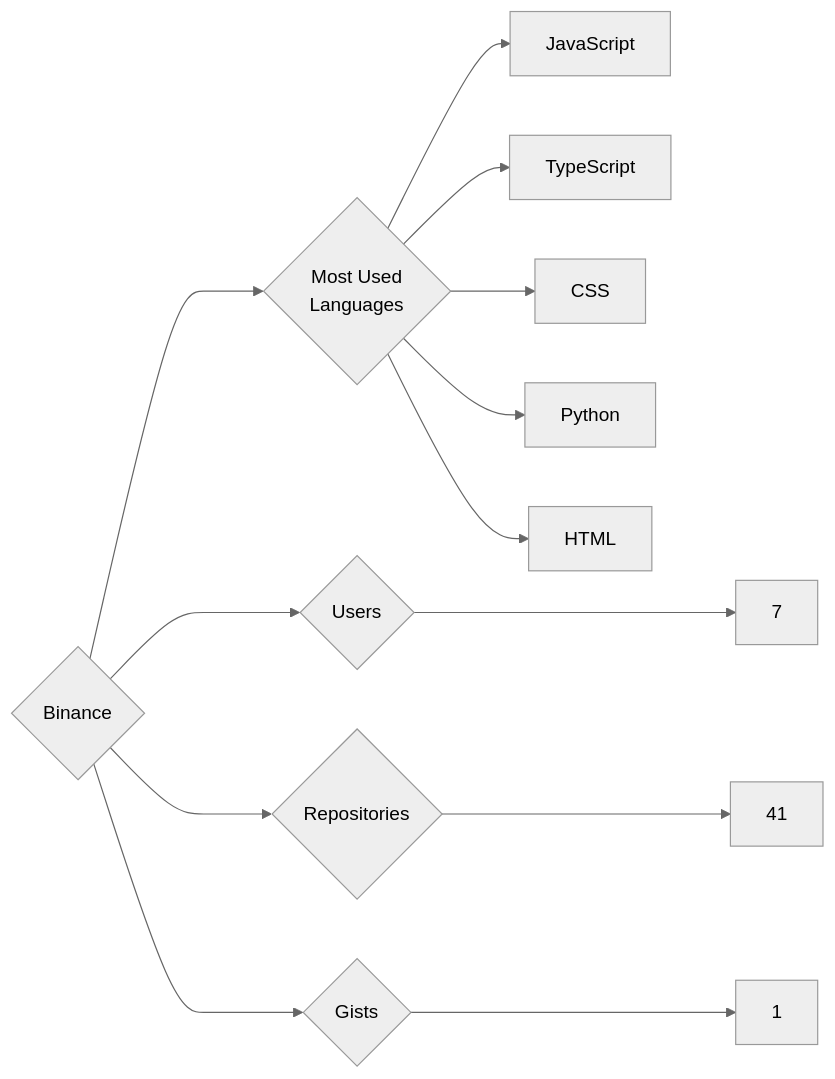
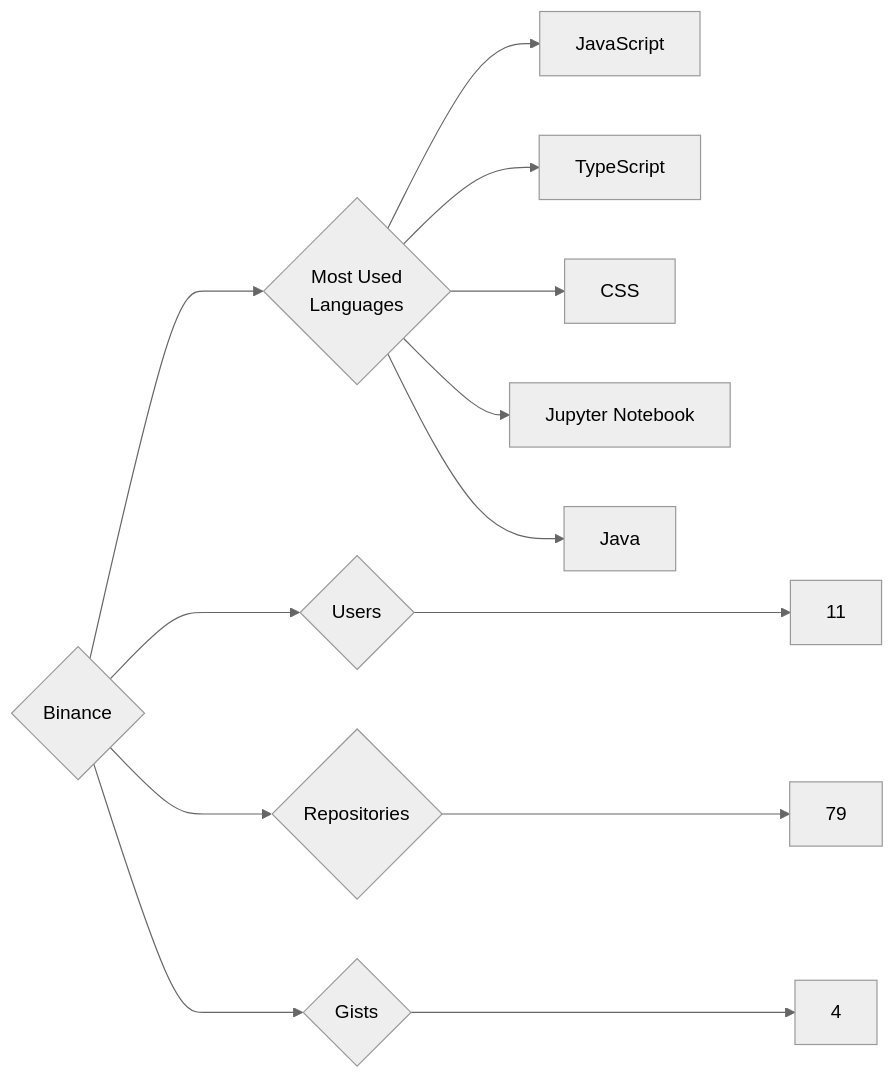
One commit to trickest/insiders changed the diagram in targets/Binance/README.md. Above: the diagram before and after it, drawn with Mermaid (neutral theme). The commit also changed 953 other files, not shown here.

````diff
--- a/targets/Binance/README.md
+++ b/targets/Binance/README.md
@@ -3,13 +3,13 @@
 ```mermaid
 graph LR
 COMPANY_NAME{Binance}
-COMPANY_NAME ---> U{Users} ---> UN[7]
-COMPANY_NAME ---> R{Repositories} ---> RN[41]
-COMPANY_NAME ---> G{Gists} ---> GN[1]
+COMPANY_NAME ---> U{Users} ---> UN[11]
+COMPANY_NAME ---> R{Repositories} ---> RN[79]
+COMPANY_NAME ---> G{Gists} ---> GN[4]
 COMPANY_NAME ---> ML{Most Used<br>Languages}
 ML --> JavaScript[JavaScript]
 ML --> TypeScript[TypeScript]
 ML --> CSS[CSS]
-ML --> Python[Python]
-ML --> HTML[HTML]
+ML --> Jupyter_Notebook[Jupyter Notebook]
+ML --> Java[Java]
 ```
````
